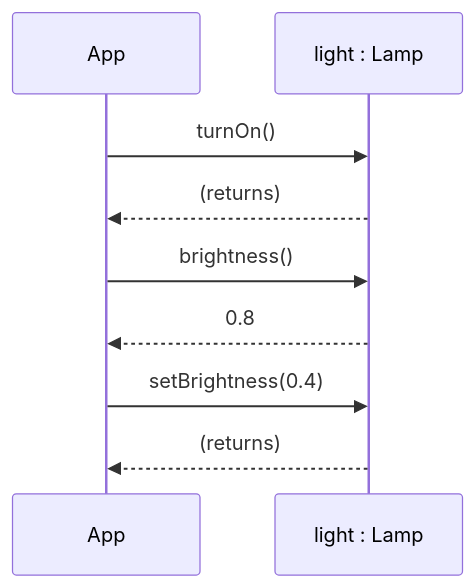
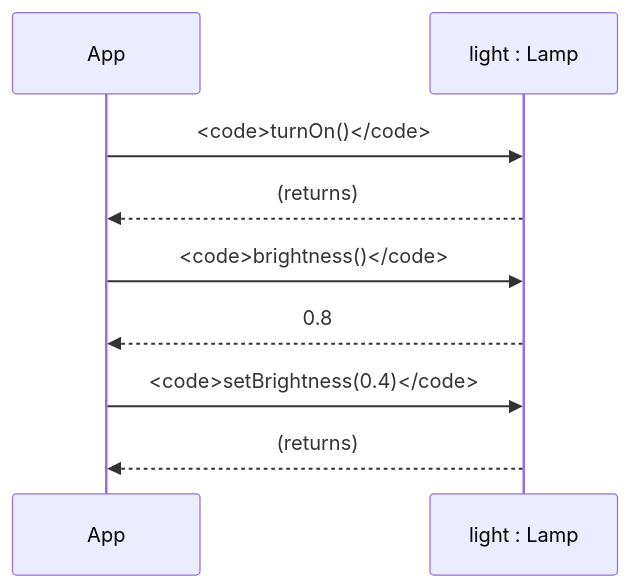
The first of 3 diagrams in content/courses/oop-blueprint-java/methods-and-messages.mdx (dataslope/dataslope), drawn with Mermaid before and after one commit. The commit also changed 65 other files, not shown here.

First line of the commit message:
Set code in every mermaid label in the mono face

````diff
--- a/content/courses/oop-blueprint-java/methods-and-messages.mdx
+++ b/content/courses/oop-blueprint-java/methods-and-messages.mdx
@@ -40,11 +40,11 @@
 ```mermaid
 sequenceDiagram
     participant App
     participant Light as light : Lamp
-    App->>Light: turnOn()
+    App->>Light: <code>turnOn()</code>
     Light-->>App: (returns)
-    App->>Light: brightness()
+    App->>Light: <code>brightness()</code>
     Light-->>App: 0.8
-    App->>Light: setBrightness(0.4)
+    App->>Light: <code>setBrightness(0.4)</code>
     Light-->>App: (returns)
 ```
````
